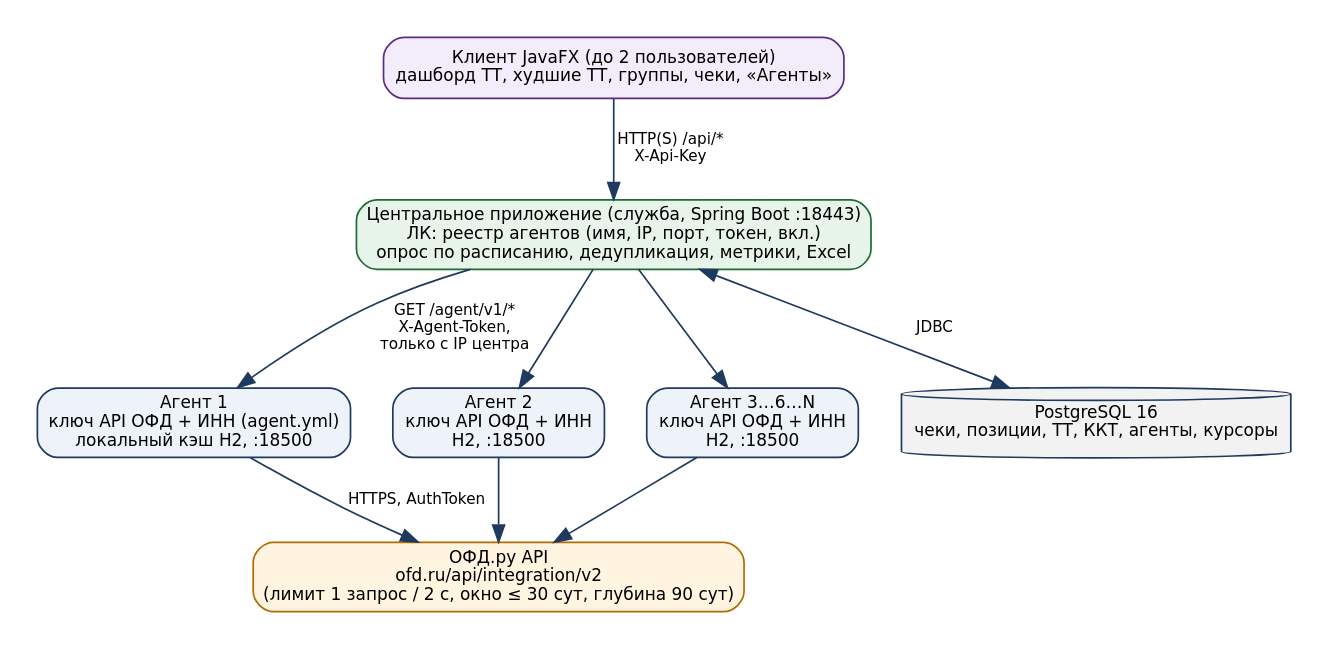
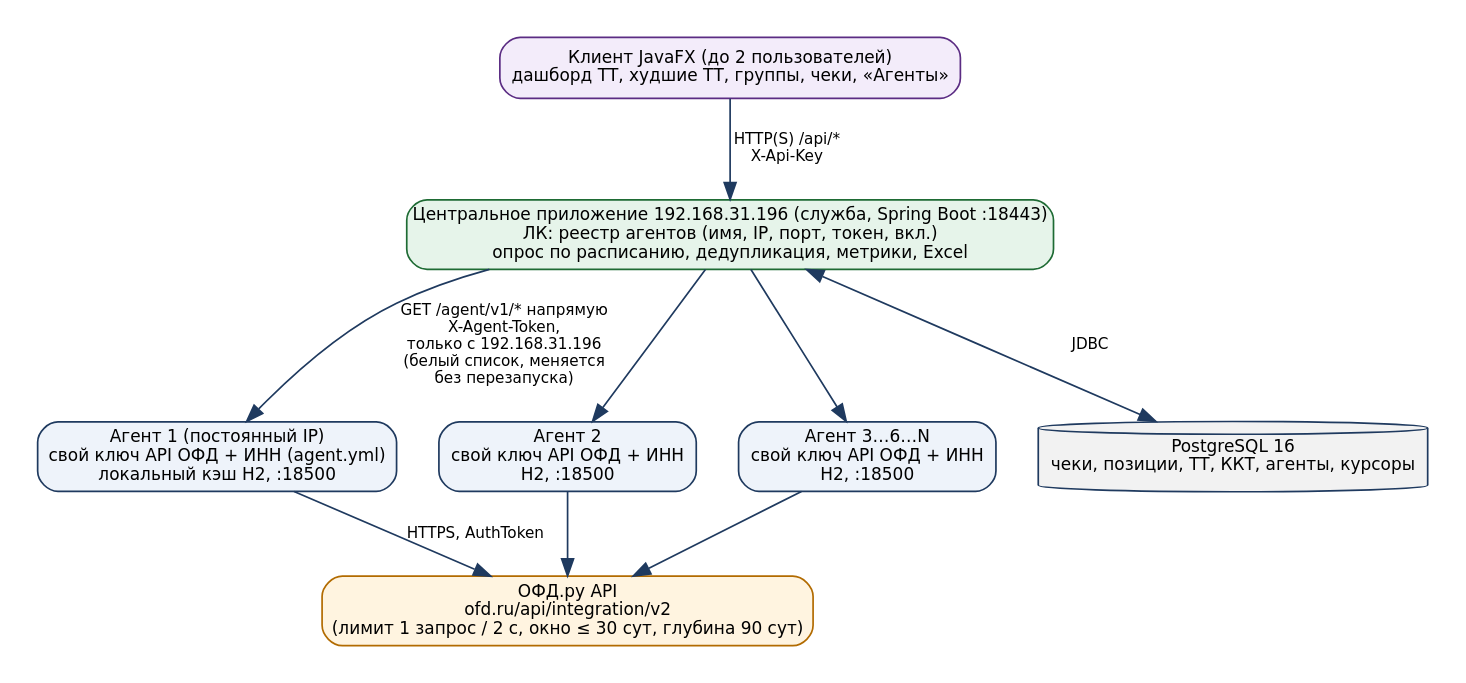
Before and after one commit to Viacheslav666/Check_OFD: the diagram in docs/tz/arch_v2.dot, drawn with Graphviz. The commit also changed 3 other files, not shown here.

Commit message:
ТЗ v2.0 ред. 2: ответы заказчика (постоянные IP, центр 192.168.31.196, Windows Server 2019 без Docker, свой ключ у каждого клиента)

```diff
--- a/docs/tz/arch_v2.dot
+++ b/docs/tz/arch_v2.dot
@@ -1,28 +1,28 @@
 digraph G {
   graph [rankdir=TB, fontname="DejaVu Sans", fontsize=11, nodesep=0.35, ranksep=0.55, bgcolor=white, pad=0.2];
   node  [shape=box, style="rounded,filled", fontname="DejaVu Sans", fontsize=10, fillcolor="#EEF3FA", color="#1F3A5F"];
   edge  [fontname="DejaVu Sans", fontsize=9, color="#1F3A5F"];
 
   ofd [label="ОФД.ру API\nofd.ru/api/integration/v2\n(лимит 1 запрос / 2 с, окно ≤ 30 сут, глубина 90 сут)", fillcolor="#FFF4E0", color="#B26B00"];
 
   subgraph cluster_rdp {
-    label="RDP клиентов (Windows; до 6 сейчас, N в будущем)"; fontname="DejaVu Sans"; fontsize=10; style="dashed"; color="#7A869A";
-    a1 [label="Агент 1\nключ API ОФД + ИНН (agent.yml)\nлокальный кэш H2, :18500"];
-    a2 [label="Агент 2\nключ API ОФД + ИНН\nH2, :18500"];
-    an [label="Агент 3…6…N\nключ API ОФД + ИНН\nH2, :18500"];
+    label="RDP клиентов: Windows Server 2019, служба ofd-agent (Java 21 в комплекте, без Docker); 6 сейчас, N в будущем"; fontname="DejaVu Sans"; fontsize=10; style="dashed"; color="#7A869A";
+    a1 [label="Агент 1 (постоянный IP)\nсвой ключ API ОФД + ИНН (agent.yml)\nлокальный кэш H2, :18500"];
+    a2 [label="Агент 2\nсвой ключ API ОФД + ИНН\nH2, :18500"];
+    an [label="Агент 3…6…N\nсвой ключ API ОФД + ИНН\nH2, :18500"];
   }
 
-  central [label="Центральное приложение (служба, Spring Boot :18443)\nЛК: реестр агентов (имя, IP, порт, токен, вкл.)\nопрос по расписанию, дедупликация, метрики, Excel", fillcolor="#E6F4EA", color="#1E6B34"];
+  central [label="Центральное приложение 192.168.31.196 (служба, Spring Boot :18443)\nЛК: реестр агентов (имя, IP, порт, токен, вкл.)\nопрос по расписанию, дедупликация, метрики, Excel", fillcolor="#E6F4EA", color="#1E6B34"];
   db [label="PostgreSQL 16\nчеки, позиции, ТТ, ККТ, агенты, курсоры", shape=cylinder, fillcolor="#F2F2F2"];
   client [label="Клиент JavaFX (до 2 пользователей)\nдашборд ТТ, худшие ТТ, группы, чеки, «Агенты»", fillcolor="#F3ECFA", color="#5B2C83"];
 
   a1 -> ofd [label=" HTTPS, AuthToken", dir=forward];
   a2 -> ofd;
   an -> ofd;
-  central -> a1 [label=" GET /agent/v1/*\n X-Agent-Token,\n только с IP центра"];
+  central -> a1 [label=" GET /agent/v1/* напрямую\n X-Agent-Token,\n только с 192.168.31.196\n (белый список, меняется\n без перезапуска)"];
   central -> a2;
   central -> an;
   central -> db [dir=both, label=" JDBC"];
   client -> central [label=" HTTP(S) /api/*\n X-Api-Key"];
   {rank=same; a1; a2; an;}
 }
```
